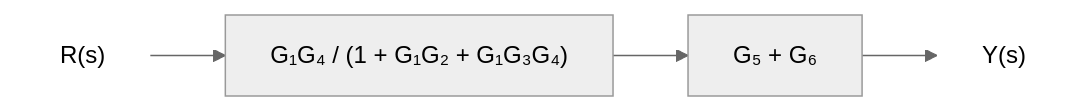
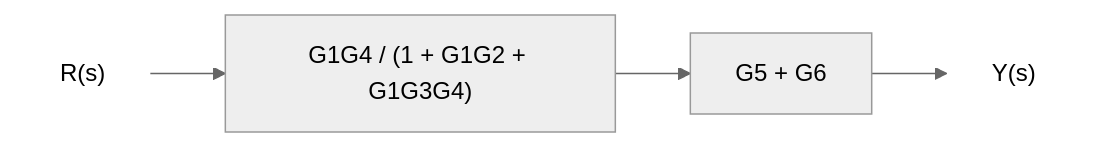
Before and after one commit to Choroning/25Fall_Neural-Network-Control-Systems: diagram 12 of 15 in Lecture-Notes/Week05_Control-System-Modeling-II/Concepts_Lecture.ko.md, drawn with Mermaid (neutral theme). The commit also changed other lines of this file and 25 other files, not shown here.

````diff
--- a/Lecture-Notes/Week05_Control-System-Modeling-II/Concepts_Lecture.ko.md
+++ b/Lecture-Notes/Week05_Control-System-Modeling-II/Concepts_Lecture.ko.md
@@ -871,8 +873,8 @@
 ```mermaid
 flowchart LR
-  R["R(s)"] --> T["G₁G₄ / (1 + G₁G₂ + G₁G₃G₄)"]
-  T --> P["G₅ + G₆"]
+  R["R(s)"] --> T["G1G4 / (1 + G1G2 + G1G3G4)"]
+  T --> P["G5 + G6"]
   P --> Y["Y(s)"]
   classDef sig fill:none,stroke:none;
   class R,Y sig;
 ```
````
